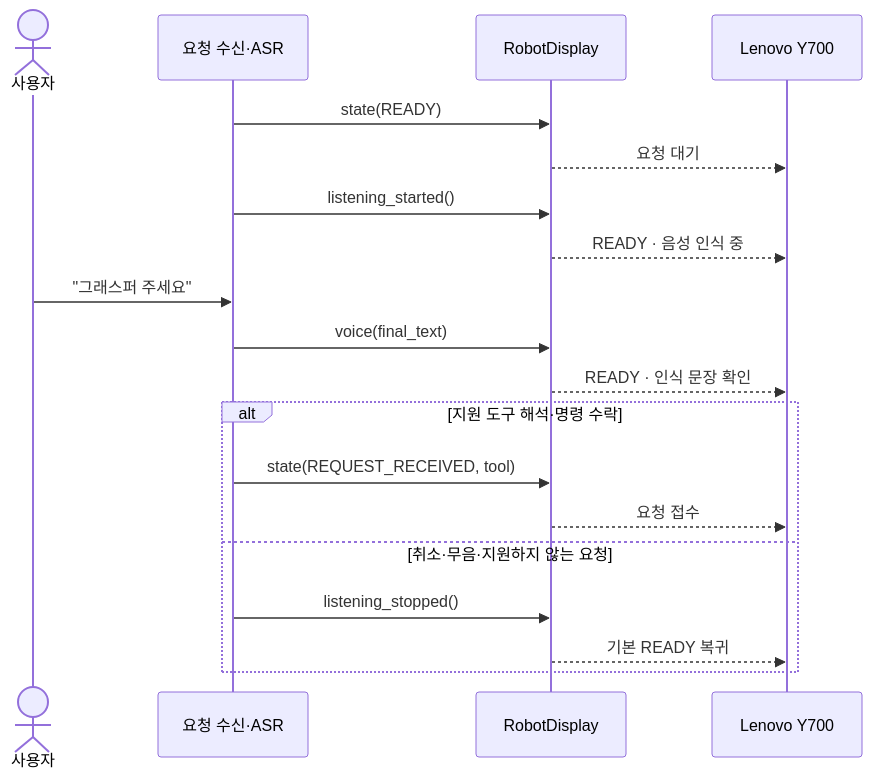
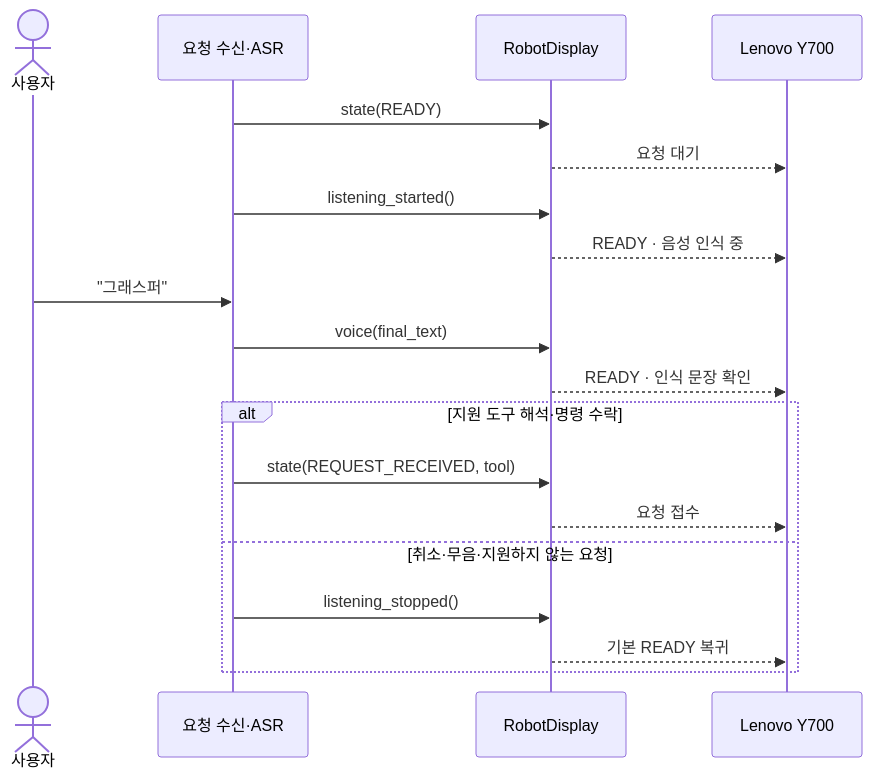
The second of 3 diagrams in README.md (yongyong98/orchestra-display-integration), drawn with Mermaid before and after one commit. The commit also changed other lines of this file and 2 other files, not shown here.

Commit message:
docs: simplify voice input examples

````diff
--- a/README.md
+++ b/README.md
@@ -94,22 +94,22 @@
 ```mermaid
 sequenceDiagram
     actor User as 사용자
     participant ASR as 요청 수신·ASR
     participant SDK as RobotDisplay
     participant Y700 as Lenovo Y700
 
     ASR->>SDK: state(READY)
     SDK-->>Y700: 요청 대기
     ASR->>SDK: listening_started()
     SDK-->>Y700: READY · 음성 인식 중
-    User->>ASR: "그래스퍼 주세요"
+    User->>ASR: "그래스퍼"
     ASR->>SDK: voice(final_text)
     SDK-->>Y700: READY · 인식 문장 확인
     alt 지원 도구 해석·명령 수락
         ASR->>SDK: state(REQUEST_RECEIVED, tool)
         SDK-->>Y700: 요청 접수
     else 취소·무음·지원하지 않는 요청
         ASR->>SDK: listening_stopped()
         SDK-->>Y700: 기본 READY 복귀
     end
 ```
````
